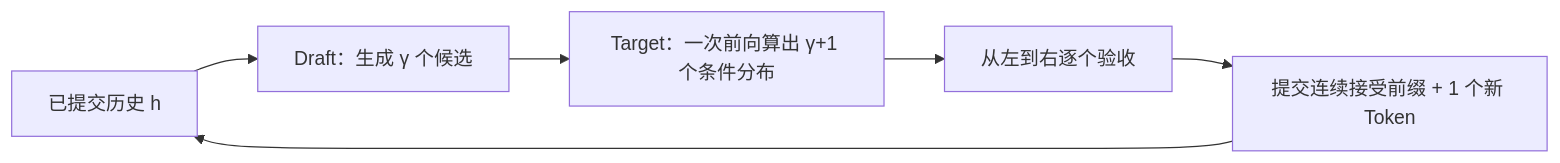
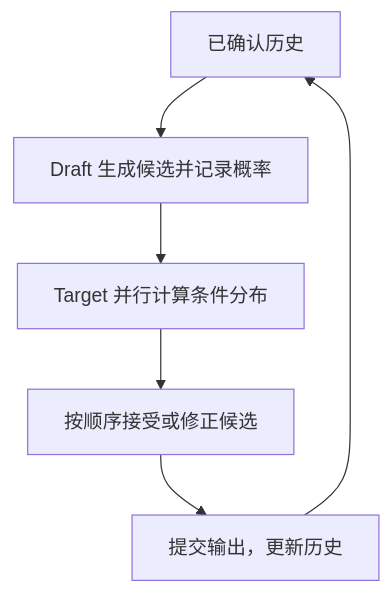
Before and after one commit to caomaolufei/AIInfraGuide: the diagram in docs/guides/模块四-推理优化/第5章-Speculative-Decoding/5.1-投机解码核心原理.md, drawn with Mermaid. The commit also changed other lines of this file and 14 other files, not shown here.

````diff
--- a/docs/guides/模块四-推理优化/第5章-Speculative-Decoding/5.1-投机解码核心原理.md
+++ b/docs/guides/模块四-推理优化/第5章-Speculative-Decoding/5.1-投机解码核心原理.md
@@ -73,8 +68,8 @@
 ```mermaid
-graph LR
-    H["已提交历史 h"] --> D["Draft：生成 γ 个候选"]
-    D --> V["Target：一次前向算出 γ+1 个条件分布"]
-    V --> A["从左到右逐个验收"]
-    A --> C["提交连续接受前缀 + 1 个新 Token"]
-    C --> H
+graph TD
+    A["已确认历史"] --> B["Draft 生成候选并记录概率"]
+    B --> C["Target 并行计算条件分布"]
+    C --> D["按顺序接受或修正候选"]
+    D --> E["提交输出，更新历史"]
+    E --> A
 ```
````
